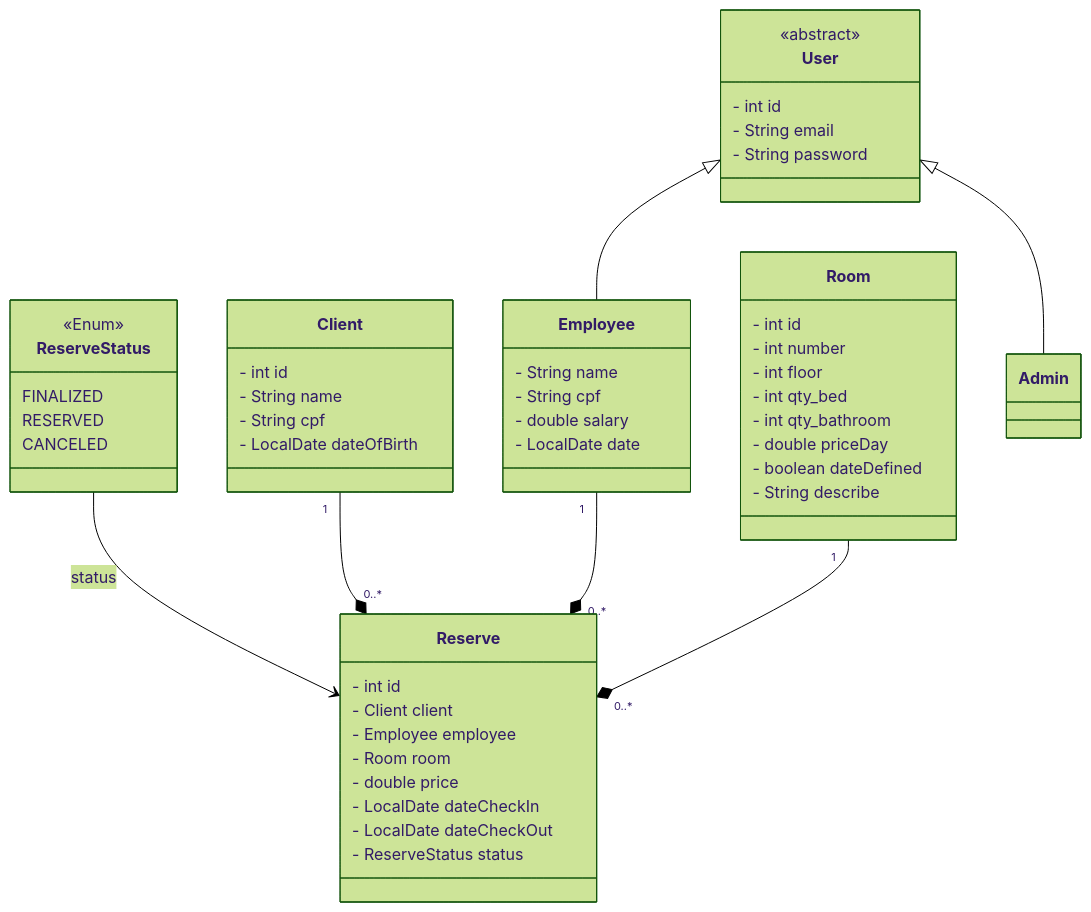
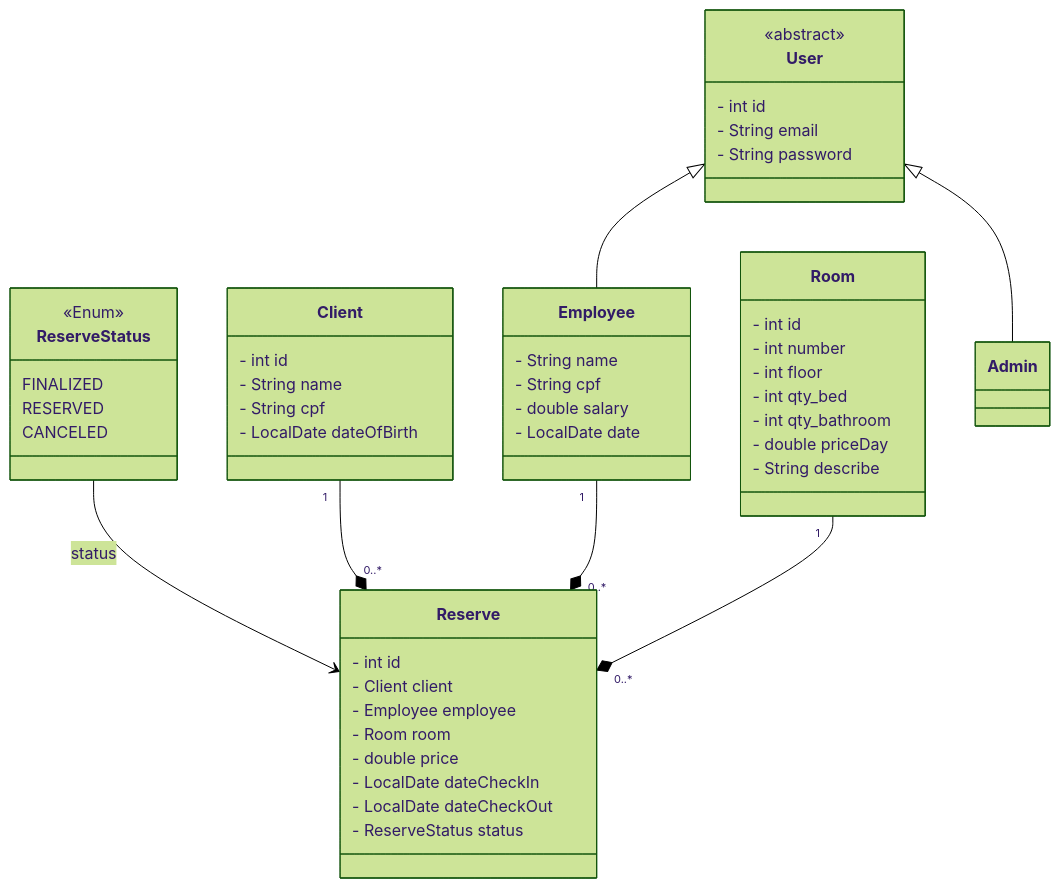
One commit to VzinCoder/lab-api-rest-nuvem-spring-dio changed the diagram in README.md. Above: the diagram before and after it, drawn with Mermaid (forest theme).

````diff
--- a/README.md
+++ b/README.md
@@ -7,65 +7,64 @@
 ```mermaid
 classDiagram
     class Room {
         - int id
         - int number
         - int floor
         - int qty_bed
         - int qty_bathroom
         - double priceDay
-        - boolean dateDefined
         - String describe
     }
 
     class User {
         <<abstract>>
         - int id
         - String email
         - String password
     }
 
     class Employee {
         - String name
         - String cpf
         - double salary
         - LocalDate date
      }
 
     class Client {
         - int id
         - String name
         - String cpf
         - LocalDate dateOfBirth
     }
 
 
    class  ReserveStatus {
         <<Enum>>
         FINALIZED
         RESERVED
         CANCELED
     }
 
     class Reserve {
         - int id
         - Client client
         - Employee employee
         - Room room
         - double price
         - LocalDate dateCheckIn
         - LocalDate dateCheckOut
         - ReserveStatus status
     }
 
 
 
 
 User <|-- Employee
 User <|-- Admin
 
 ReserveStatus --> Reserve:status
 
 Client "1" --*"0..*" Reserve
 Employee "1" --*"0..*" Reserve
 Room "1"--*"0..*" Reserve
 ```
````
